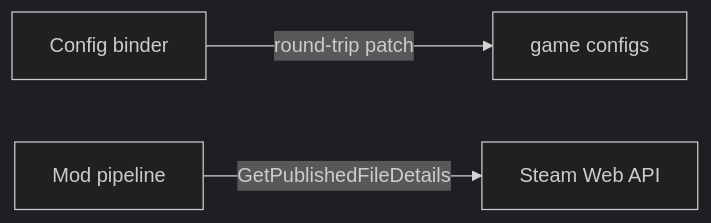
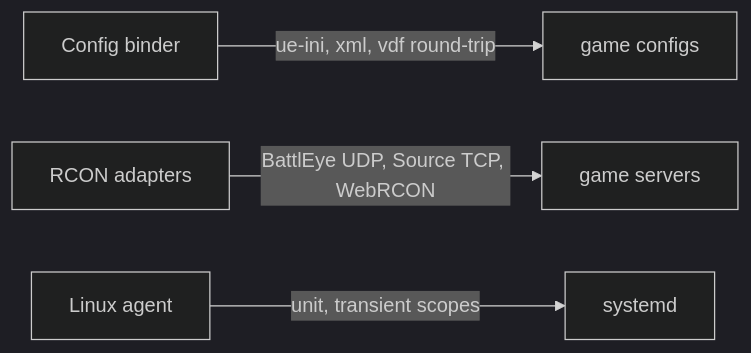
One commit to sh1ny/yagura changed the second of 2 diagrams in openspec/changes/platform-backlog/design.md. Above: the diagram before and after it, drawn with Mermaid (dark theme). The commit also changed other lines of this file and 12 other files, not shown here.

````diff
--- a/openspec/changes/platform-backlog/design.md
+++ b/openspec/changes/platform-backlog/design.md
@@ -101,5 +74,6 @@
 ```mermaid
 flowchart LR
-  CB[Config binder] -->|round-trip patch| CF[game configs]
-  MP[Mod pipeline] -->|GetPublishedFileDetails| SWA[Steam Web API]
+  CB[Config binder] -->|ue-ini, xml, vdf round-trip| CF[game configs]
+  RC[RCON adapters] -->|BattlEye UDP, Source TCP, WebRCON| GS[game servers]
+  LA[Linux agent] -->|unit, transient scopes| SD[systemd]
 ```
````
